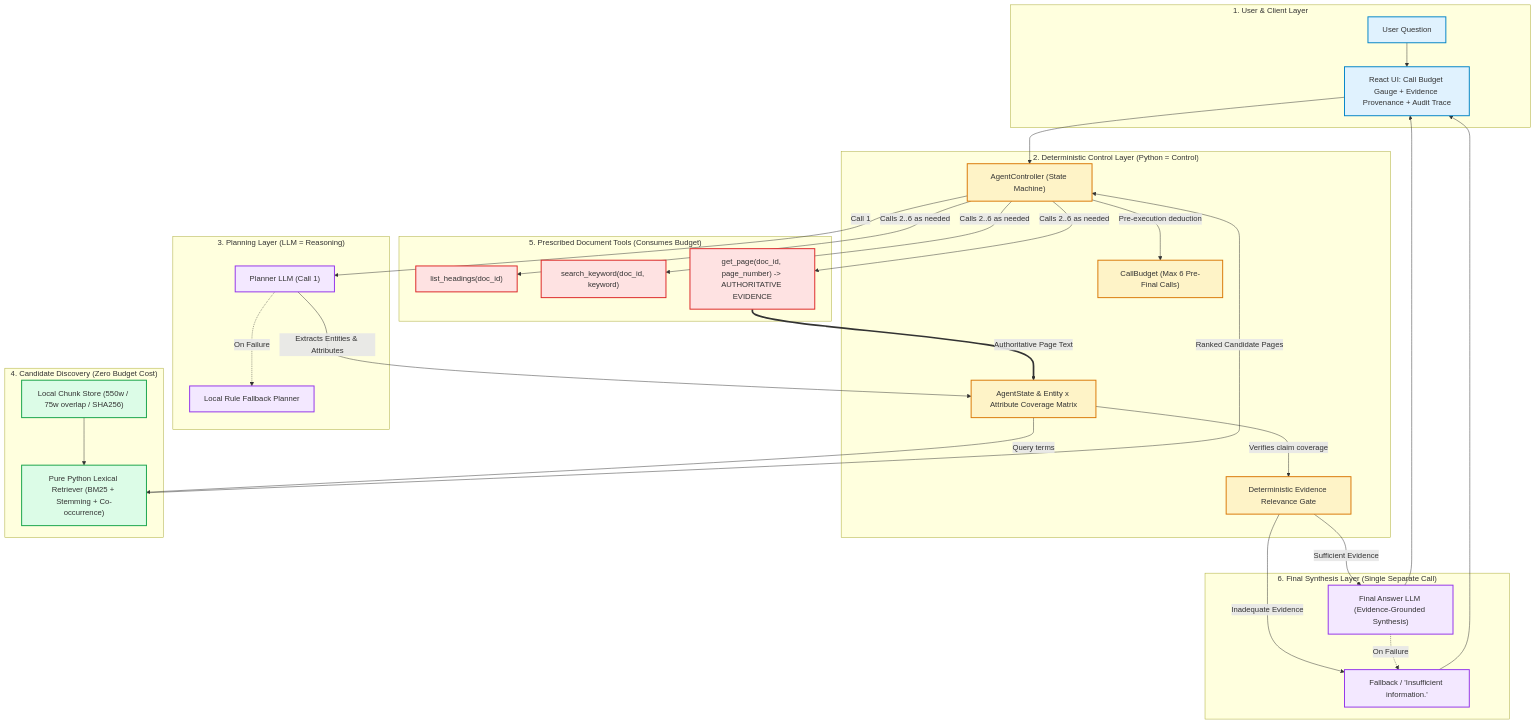
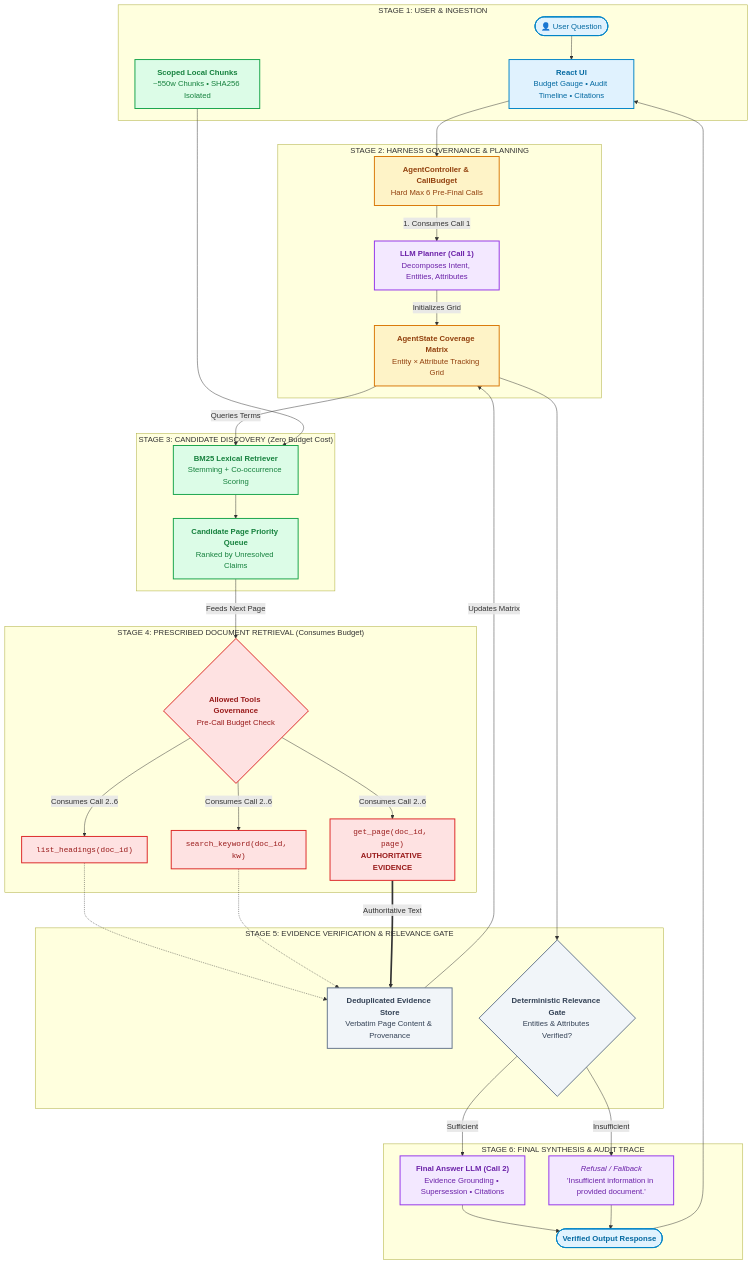
One commit to SHIN-1O1/RAP_Comp changed the second of 2 diagrams in MEMO.md. Above: the diagram before and after it, drawn with Mermaid. The commit also changed other lines of this file, not shown here.

Commit message:
docs: streamline and beautify Mermaid architecture flowcharts for presentation

````diff
--- a/MEMO.md
+++ b/MEMO.md
@@ -501,65 +508,74 @@
 ```mermaid
 flowchart TD
-    classDef client fill:#e0f2fe,stroke:#0284c7,stroke-width:2px;
-    classDef harness fill:#fef3c7,stroke:#d97706,stroke-width:2px;
-    classDef reasoning fill:#f3e8ff,stroke:#9333ea,stroke-width:2px;
-    classDef discovery fill:#dcfce7,stroke:#16a34a,stroke-width:2px;
-    classDef tool fill:#fee2e2,stroke:#dc2626,stroke-width:2px;
+    %% Styling Classes
+    classDef clientStyle fill:#e0f2fe,stroke:#0284c7,stroke-width:2px,color:#0369a1;
+    classDef harnessStyle fill:#fef3c7,stroke:#d97706,stroke-width:2px,color:#92400e;
+    classDef reasoningStyle fill:#f3e8ff,stroke:#9333ea,stroke-width:2px,color:#6b21a8;
+    classDef discoveryStyle fill:#dcfce7,stroke:#16a34a,stroke-width:2px,color:#15803d;
+    classDef toolStyle fill:#fee2e2,stroke:#dc2626,stroke-width:2px,color:#991b1b;
+    classDef gateStyle fill:#f1f5f9,stroke:#64748b,stroke-width:2px,color:#334155;
 
-    subgraph CLIENT ["1. User & Client Layer"]
-        U["User Question"]:::client
-        FE["React UI: Call Budget Gauge + Evidence Provenance + Audit Trace"]:::client
+    subgraph P1 ["STAGE 1: USER & INGESTION"]
+        USER_INPUT(["👤 User Question"]):::clientStyle
+        UI_PANEL["<b>React UI</b><br/>Budget Gauge • Audit Timeline • Citations"]:::clientStyle
+        DOC_STORE["<b>Scoped Local Chunks</b><br/>~550w Chunks • SHA256 Isolated"]:::discoveryStyle
     end
 
-    subgraph HARNESS ["2. Deterministic Control Layer (Python = Control)"]
-        CTRL["AgentController (State Machine)"]:::harness
-        BUDGET["CallBudget (Max 6 Pre-Final Calls)"]:::harness
-        STATE["AgentState & Entity x Attribute Coverage Matrix"]:::harness
-        GATE["Deterministic Evidence Relevance Gate"]:::harness
+    subgraph P2 ["STAGE 2: HARNESS GOVERNANCE & PLANNING"]
+        CTRL_CORE["<b>AgentController & CallBudget</b><br/>Hard Max 6 Pre-Final Calls"]:::harnessStyle
+        PLAN_STEP["<b>LLM Planner (Call 1)</b><br/>Decomposes Intent, Entities, Attributes"]:::reasoningStyle
+        COV_MATRIX["<b>AgentState Coverage Matrix</b><br/>Entity × Attribute Tracking Grid"]:::harnessStyle
     end
 
-    subgraph PLAN ["3. Planning Layer (LLM = Reasoning)"]
-        PLAN_LLM["Planner LLM (Call 1)"]:::reasoning
-        PLAN_FB["Local Rule Fallback Planner"]:::reasoning
+    subgraph P3 ["STAGE 3: CANDIDATE DISCOVERY (Zero Budget Cost)"]
+        LEX_RET["<b>BM25 Lexical Retriever</b><br/>Stemming + Co-occurrence Scoring"]:::discoveryStyle
+        RANK_QUEUE["<b>Candidate Page Priority Queue</b><br/>Ranked by Unresolved Claims"]:::discoveryStyle
     end
 
-    subgraph DISCOVERY ["4. Candidate Discovery (Zero Budget Cost)"]
-        CHUNKS["Local Chunk Store (550w / 75w overlap / SHA256)"]:::discovery
-        BM25["Pure Python Lexical Retriever (BM25 + Stemming + Co-occurrence)"]:::discovery
+    subgraph P4 ["STAGE 4: PRESCRIBED DOCUMENT RETRIEVAL (Consumes Budget)"]
+        TOOL_EXEC{"<b>Allowed Tools Governance</b><br/>Pre-Call Budget Check"}:::toolStyle
+        TOOL_H["<code>list_headings(doc_id)</code>"]:::toolStyle
+        TOOL_K["<code>search_keyword(doc_id, kw)</code>"]:::toolStyle
+        TOOL_P["<code>get_page(doc_id, page)</code><br/><b>AUTHORITATIVE EVIDENCE</b>"]:::toolStyle
     end
 
-    subgraph TOOLS ["5. Prescribed Document Tools (Consumes Budget)"]
-        T_HEAD["list_headings(doc_id)"]:::tool
-        T_KW["search_keyword(doc_id, keyword)"]:::tool
-        T_PAGE["get_page(doc_id, page_number) -> AUTHORITATIVE EVIDENCE"]:::tool
+    subgraph P5 ["STAGE 5: EVIDENCE VERIFICATION & RELEVANCE GATE"]
+        RAW_EVID["<b>Deduplicated Evidence Store</b><br/>Verbatim Page Content & Provenance"]:::gateStyle
+        GATE_CHECK{"<b>Deterministic Relevance Gate</b><br/>Entities & Attributes Verified?"}:::gateStyle
     end
 
-    subgraph SYNTHESIS ["6. Final Synthesis Layer (Single Separate Call)"]
-        FINAL_LLM["Final Answer LLM (Evidence-Grounded Synthesis)"]:::reasoning
-        FINAL_FB["Fallback / 'Insufficient information.'"]:::reasoning
+    subgraph P6 ["STAGE 6: FINAL SYNTHESIS & AUDIT TRACE"]
+        SYNTH_LLM["<b>Final Answer LLM (Call 2)</b><br/>Evidence Grounding • Supersession • Citations"]:::reasoningStyle
+        REFUSE_ANS["<i>Refusal / Fallback</i><br/>'Insufficient information in provided document.'"]:::reasoningStyle
+        FINAL_OUT(["<b>Verified Output Response</b>"]):::clientStyle
     end
 
-    %% Connections
-    U --> FE --> CTRL
-    CTRL -->|"Pre-execution deduction"| BUDGET
-    CTRL -->|"Call 1"| PLAN_LLM
-    PLAN_LLM -.->|"On Failure"| PLAN_FB
-    PLAN_LLM -->|"Extracts Entities & Attributes"| STATE
+    %% Clean Top-Down Pipeline
+    USER_INPUT --> UI_PANEL
+    UI_PANEL --> CTRL_CORE
+    CTRL_CORE -->|"1. Consumes Call 1"| PLAN_STEP
+    PLAN_STEP -->|"Initializes Grid"| COV_MATRIX
 
-    STATE -->|"Query terms"| BM25
-    CHUNKS --> BM25
-    BM25 -->|"Ranked Candidate Pages"| CTRL
+    COV_MATRIX -->|"Queries Terms"| LEX_RET
+    DOC_STORE --> LEX_RET
+    LEX_RET --> RANK_QUEUE
 
-    CTRL -->|"Calls 2..6 as needed"| T_HEAD
-    CTRL -->|"Calls 2..6 as needed"| T_KW
-    CTRL -->|"Calls 2..6 as needed"| T_PAGE
+    RANK_QUEUE -->|"Feeds Next Page"| TOOL_EXEC
+    TOOL_EXEC -->|"Consumes Call 2..6"| TOOL_H
+    TOOL_EXEC -->|"Consumes Call 2..6"| TOOL_K
+    TOOL_EXEC -->|"Consumes Call 2..6"| TOOL_P
 
-    T_PAGE ==>|"Authoritative Page Text"| STATE
-    STATE -->|"Verifies claim coverage"| GATE
-    GATE -->|"Sufficient Evidence"| FINAL_LLM
-    GATE -->|"Inadequate Evidence"| FINAL_FB
-    FINAL_LLM -.->|"On Failure"| FINAL_FB
+    TOOL_H -.-> RAW_EVID
+    TOOL_K -.-> RAW_EVID
+    TOOL_P ==>|"Authoritative Text"| RAW_EVID
 
-    FINAL_LLM --> FE
-    FINAL_FB --> FE
+    RAW_EVID -->|"Updates Matrix"| COV_MATRIX
+    COV_MATRIX --> GATE_CHECK
+
+    GATE_CHECK -->|"Sufficient"| SYNTH_LLM
+    GATE_CHECK -->|"Insufficient"| REFUSE_ANS
+
+    SYNTH_LLM --> FINAL_OUT
+    REFUSE_ANS --> FINAL_OUT
+    FINAL_OUT --> UI_PANEL
 ```
````
